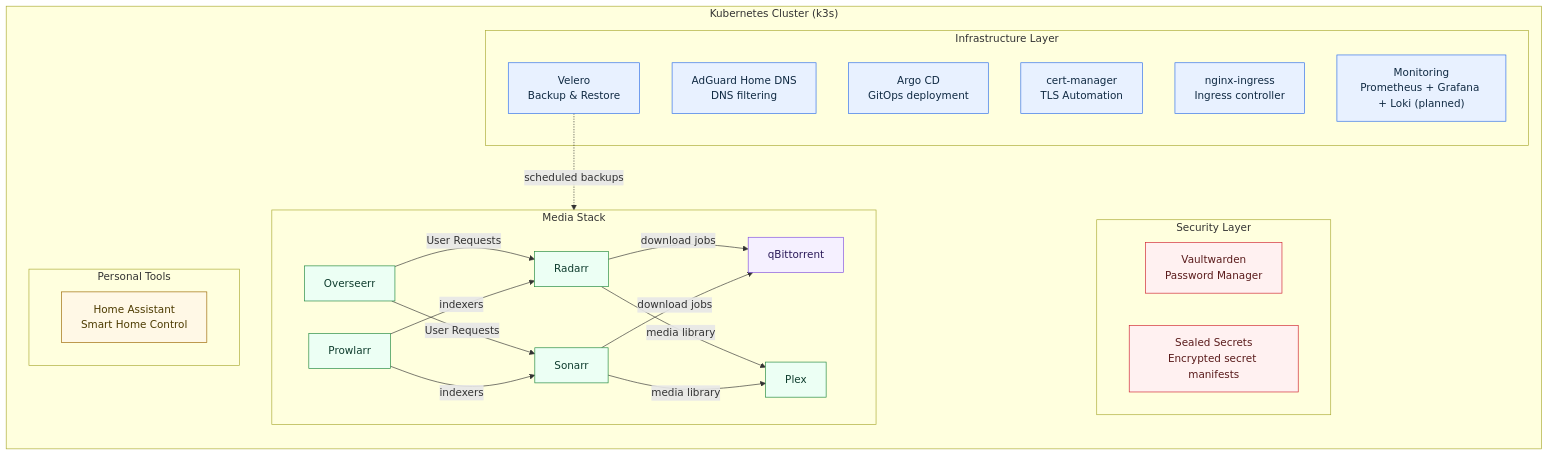
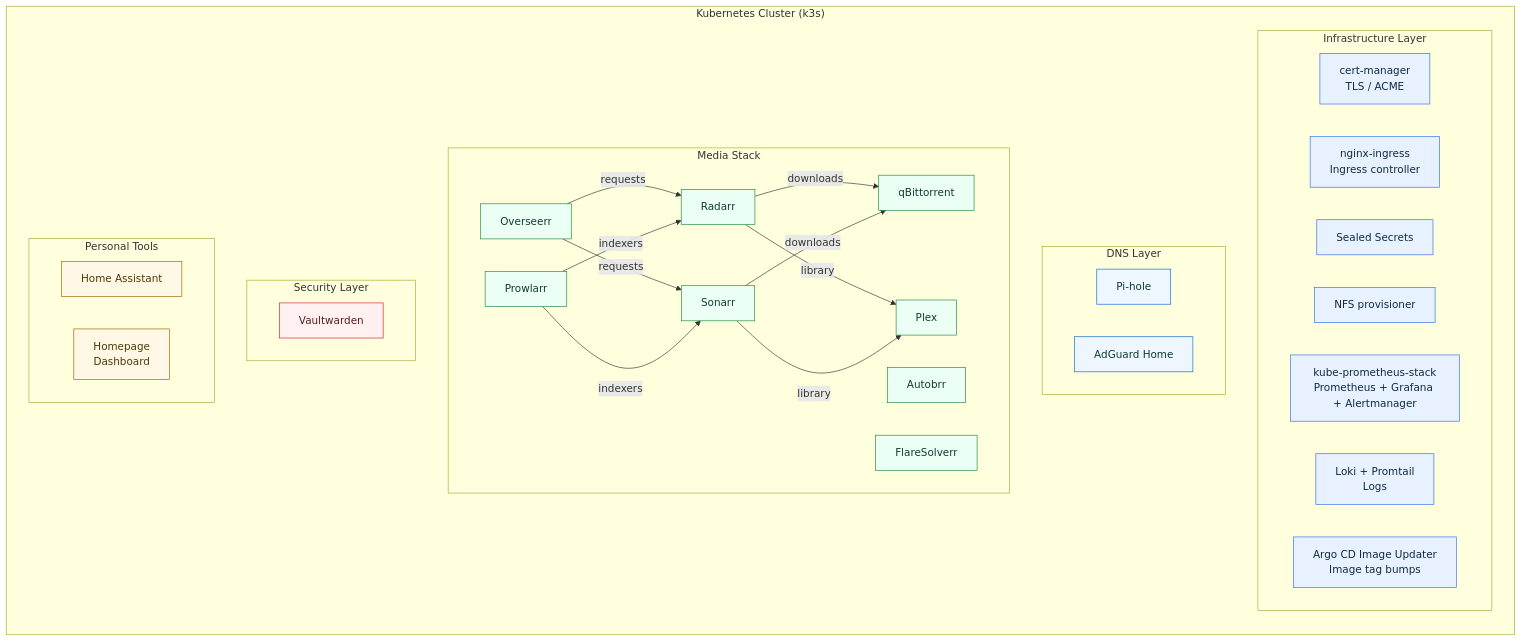
The diagram in README.md (Araneus84/homelab-k3s-stack), drawn with Mermaid before and after one commit. The commit also changed other lines of this file and 3 other files, not shown here.

````diff
--- a/README.md
+++ b/README.md
@@ -16,53 +16,60 @@
 ```mermaid
 flowchart LR
     subgraph cluster["Kubernetes Cluster (k3s)"]
         subgraph infra["Infrastructure Layer"]
-            velero["Velero<br/>Backup & Restore"]
-            adguard-dns["AdGuard Home DNS<br/>DNS filtering"]
-            argocd["Argo CD<br/>GitOps deployment"]
-            cert-manager["cert-manager<br/>TLS Automation"]
-            nginx-ingress["nginx-ingress<br/>Ingress controller"]
-            monitoring["Monitoring<br/>Prometheus + Grafana + Loki (planned)"]
+            certmgr["cert-manager<br/>TLS / ACME"]
+            nginx["nginx-ingress<br/>Ingress controller"]
+            sealed["Sealed Secrets"]
+            nfs["NFS provisioner"]
+            prom["kube-prometheus-stack<br/>Prometheus + Grafana + Alertmanager"]
+            loki["Loki + Promtail<br/>Logs"]
+            imgup["Argo CD Image Updater<br/>Image tag bumps"]
+        end
+
+        subgraph dns["DNS Layer"]
+            pihole["Pi-hole"]
+            adguard["AdGuard Home"]
         end
 
         subgraph media["Media Stack"]
             overseerr["Overseerr"]
             prowlarr["Prowlarr"]
             radarr["Radarr"]
             sonarr["Sonarr"]
             qbit["qBittorrent"]
             plex["Plex"]
+            autobrr["Autobrr"]
+            flaresolverr["FlareSolverr"]
         end
 
         subgraph security["Security Layer"]
-            vaultwarden["Vaultwarden<br/>Password Manager"]
-            sealedsecrets["Sealed Secrets<br/>Encrypted secret manifests"]
+            vaultwarden["Vaultwarden"]
         end
 
         subgraph tools["Personal Tools"]
-            homeassistant["Home Assistant<br/>Smart Home Control"]
+            homeassistant["Home Assistant"]
+            homepage["Homepage<br/>Dashboard"]
         end
     end
 
-    overseerr -->|User Requests| radarr
-    overseerr -->|User Requests| sonarr
+    overseerr -->|requests| radarr
+    overseerr -->|requests| sonarr
     prowlarr -->|indexers| radarr
     prowlarr -->|indexers| sonarr
-    radarr -->|download jobs| qbit
-    sonarr -->|download jobs| qbit
-    radarr -->|media library| plex
-    sonarr -->|media library| plex
-    velero -.->|scheduled backups| media
+    radarr -->|downloads| qbit
+    sonarr -->|downloads| qbit
+    radarr -->|library| plex
+    sonarr -->|library| plex
 
     classDef infra fill:#e8f1ff,stroke:#2f6feb,stroke-width:1px,color:#102a43;
     classDef media fill:#ecfff4,stroke:#1f883d,stroke-width:1px,color:#0f3d2e;
     classDef security fill:#fff1f1,stroke:#cf222e,stroke-width:1px,color:#5a1b1b;
     classDef tools fill:#fff8e6,stroke:#9a6700,stroke-width:1px,color:#4d3b00;
-    classDef core fill:#f5f0ff,stroke:#8250df,stroke-width:1px,color:#2b1a59;
+    classDef dns fill:#eef6ff,stroke:#0969da,stroke-width:1px,color:#0f3d2e;
 
-    class velero,adguard-dns,argocd,cert-manager,nginx-ingress,monitoring infra;
-    class overseerr,prowlarr,radarr,sonarr,plex media;
-    class vaultwarden,sealedsecrets security;
-    class homeassistant tools;
-    class qbit core;
+    class certmgr,nginx,sealed,nfs,prom,loki,imgup infra;
+    class overseerr,prowlarr,radarr,sonarr,qbit,plex,autobrr,flaresolverr media;
+    class vaultwarden security;
+    class homeassistant,homepage tools;
+    class pihole,adguard dns;
 ```
````
